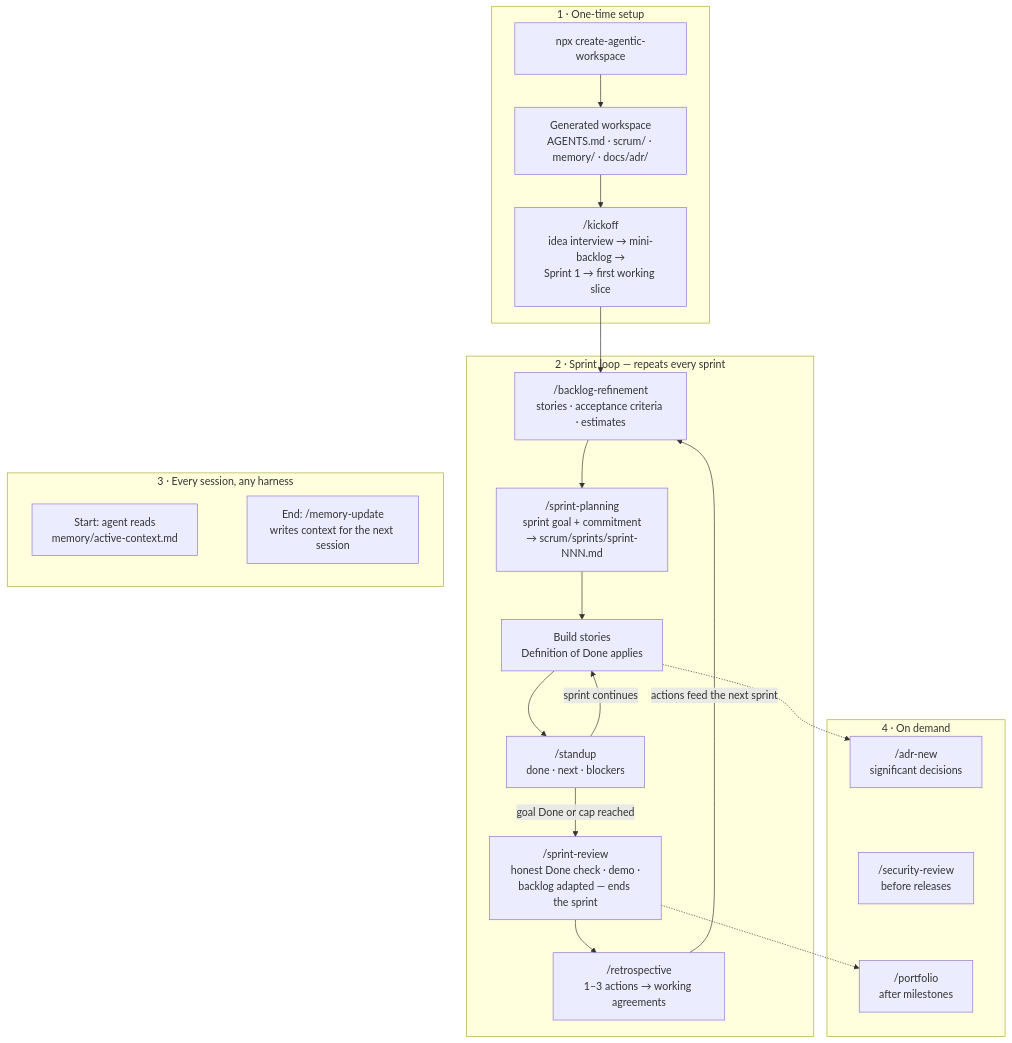
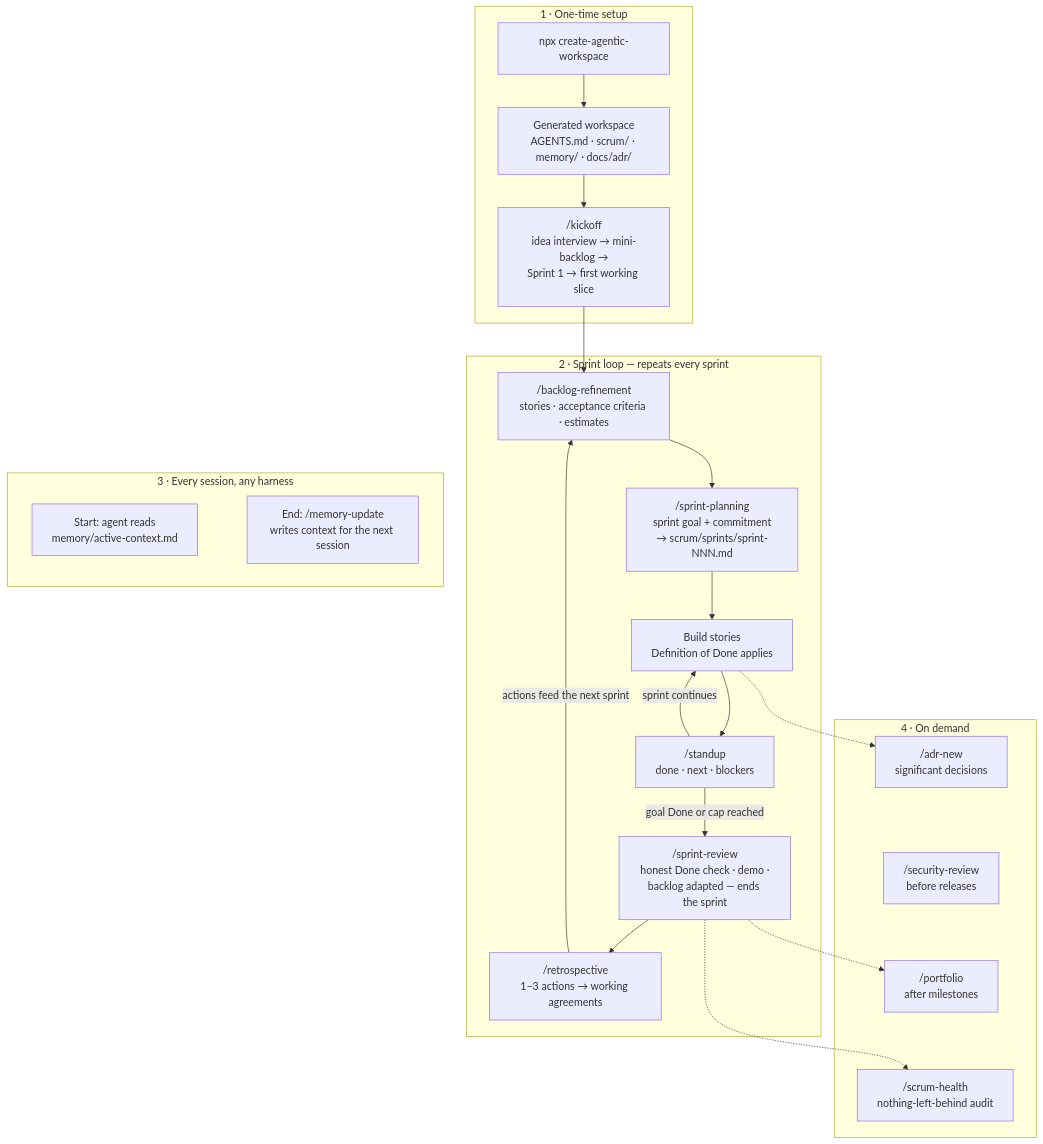
The diagram in README.md (vincentheimann/create-agentic-workspace), drawn with Mermaid before and after one commit. The commit also changed other lines of this file and 1 other file, not shown here.

Commit message:
docs: document /scrum-health in README and generated GETTING-STARTED

````diff
--- a/README.md
+++ b/README.md
@@ -208,32 +208,33 @@
 ```mermaid
 flowchart TD
     subgraph setup ["1 · One-time setup"]
         A["npx create-agentic-workspace"] --> B["Generated workspace<br/>AGENTS.md · scrum/ · memory/ · docs/adr/"]
         B --> C["/kickoff<br/>idea interview → mini-backlog →<br/>Sprint 1 → first working slice"]
     end
 
     subgraph sprintloop ["2 · Sprint loop — repeats every sprint"]
         D["/backlog-refinement<br/>stories · acceptance criteria · estimates"] --> E["/sprint-planning<br/>sprint goal + commitment<br/>→ scrum/sprints/sprint-NNN.md"]
         E --> F["Build stories<br/>Definition of Done applies"]
         F --> G["/standup<br/>done · next · blockers"]
         G -->|"sprint continues"| F
         G -->|"goal Done or cap reached"| H["/sprint-review<br/>honest Done check · demo ·<br/>backlog adapted — ends the sprint"]
         H --> I["/retrospective<br/>1–3 actions → working agreements"]
         I -->|"actions feed the next sprint"| D
     end
 
     C --> D
 
     subgraph memorybox ["3 · Every session, any harness"]
         M["Start: agent reads<br/>memory/active-context.md"] ~~~ N["End: /memory-update<br/>writes context for the next session"]
     end
 
     subgraph ondemand ["4 · On demand"]
-        O["/adr-new<br/>significant decisions"] ~~~ P["/security-review<br/>before releases"] ~~~ Q["/portfolio<br/>after milestones"]
+        O["/adr-new<br/>significant decisions"] ~~~ P["/security-review<br/>before releases"] ~~~ Q["/portfolio<br/>after milestones"] ~~~ R["/scrum-health<br/>nothing-left-behind audit"]
     end
 
     F -.-> O
     H -.-> Q
+    H -.-> R
 
     sprintloop ~~~ memorybox
 ```
````
